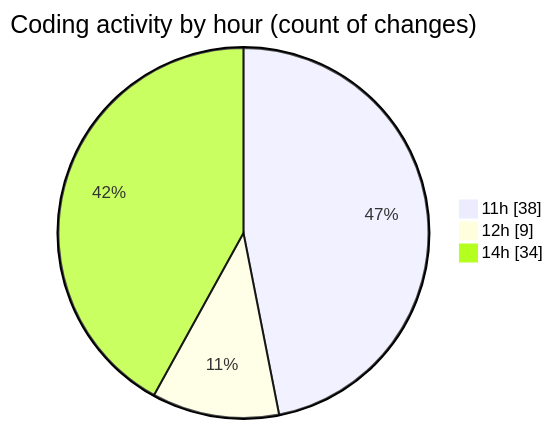
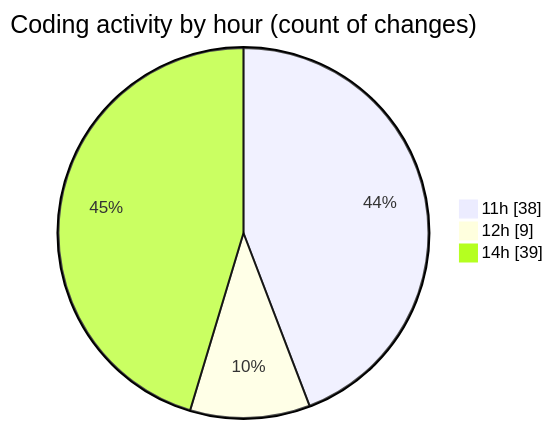
Before and after one commit to momahboobian/code-tracking: the second of 2 diagrams in 2026-03-19/commonwealth-front-end-task/README.md, drawn with Mermaid. The commit also changed other lines of this file and 1 other file, not shown here.

````diff
--- a/2026-03-19/commonwealth-front-end-task/README.md
+++ b/2026-03-19/commonwealth-front-end-task/README.md
@@ -51,7 +51,7 @@
 ```mermaid
 pie showData
 title Coding activity by hour (count of changes)
 "11h" : 38
 "12h" : 9
-"14h" : 34
+"14h" : 39
 ```
````
